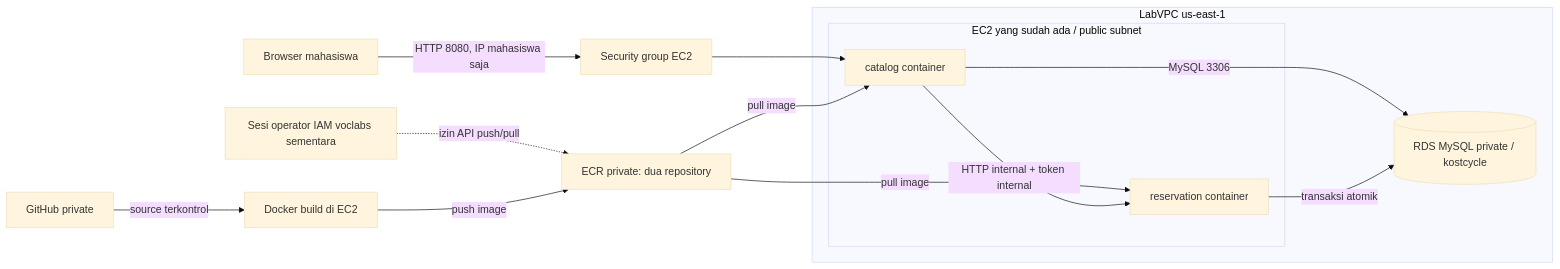
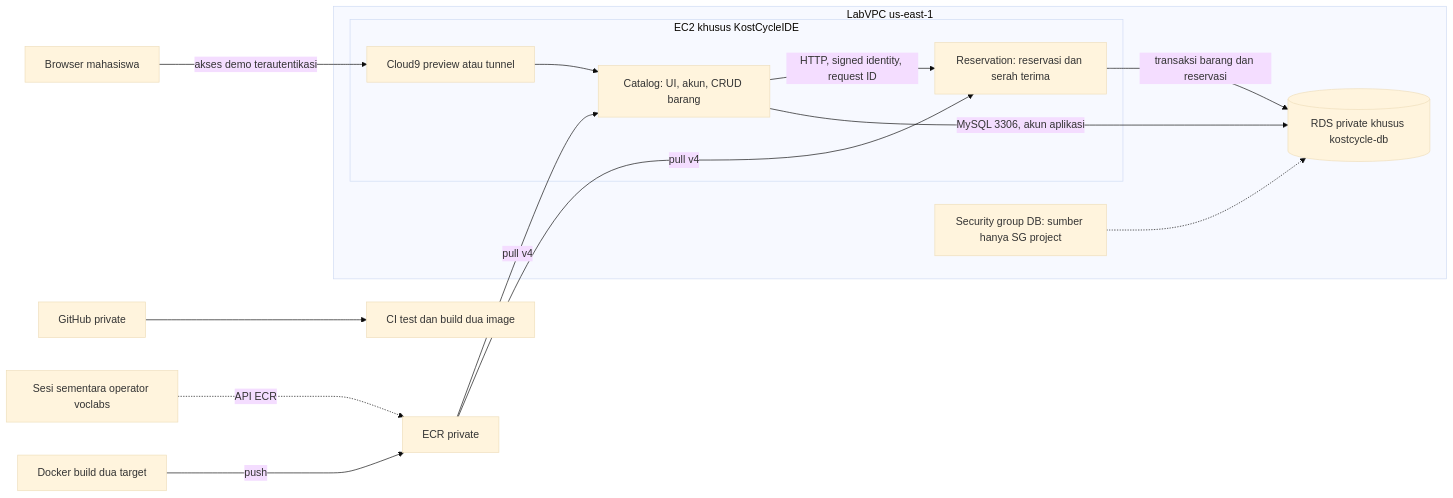
Before and after one commit to StellaFD/kostcycle: the diagram in README.md, drawn with Mermaid (base theme). The commit also changed other lines of this file, not shown here.

Commit message:
Catat deployment AWS terpisah dan hasil pengujian v4 [skip ci]

````diff
--- a/README.md
+++ b/README.md
@@ -147,19 +174,18 @@
 ```mermaid
 flowchart LR
-  Laptop[Browser mahasiswa] -->|HTTP 8080, IP mahasiswa saja| AppSG[Security group EC2]
-  AppSG --> Catalog
-  Git[GitHub private] -->|source terkontrol| Build[Docker build di EC2]
-  Operator[Sesi operator IAM voclabs sementara] -.->|izin API push/pull| ECR[ECR private: dua repository]
-  Build -->|push image| ECR
-  ECR -->|pull image| Catalog
-  ECR -->|pull image| Reservation
+  Browser[Browser mahasiswa] -->|akses demo terautentikasi| Preview[Cloud9 preview atau tunnel]
+  Git[GitHub private] --> CI[CI test dan build dua image]
+  Operator[Sesi sementara operator voclabs] -.->|API ECR| ECR[ECR private]
+  Build[Docker build dua target] -->|push| ECR
+  ECR -->|pull v4| Catalog
+  ECR -->|pull v4| Reservation
   subgraph VPC[LabVPC us-east-1]
-    subgraph EC2[EC2 yang sudah ada / public subnet]
-      Catalog[catalog container]
-      Reservation[reservation container]
-      Catalog -->|HTTP internal + token internal| Reservation
+    subgraph Server[EC2 khusus KostCycleIDE]
+      Preview --> Catalog[Catalog: UI, akun, CRUD barang]
+      Catalog -->|HTTP, signed identity, request ID| Reservation[Reservation: reservasi dan serah terima]
     end
-    Catalog -->|MySQL 3306| RDS[(RDS MySQL private / kostcycle)]
-    Reservation -->|transaksi atomik| RDS
+    Catalog -->|MySQL 3306, akun aplikasi| RDS[(RDS private khusus kostcycle-db)]
+    Reservation -->|transaksi barang dan reservasi| RDS
+    DBSG[Security group DB: sumber hanya SG project] -.-> RDS
   end
 ```
````
